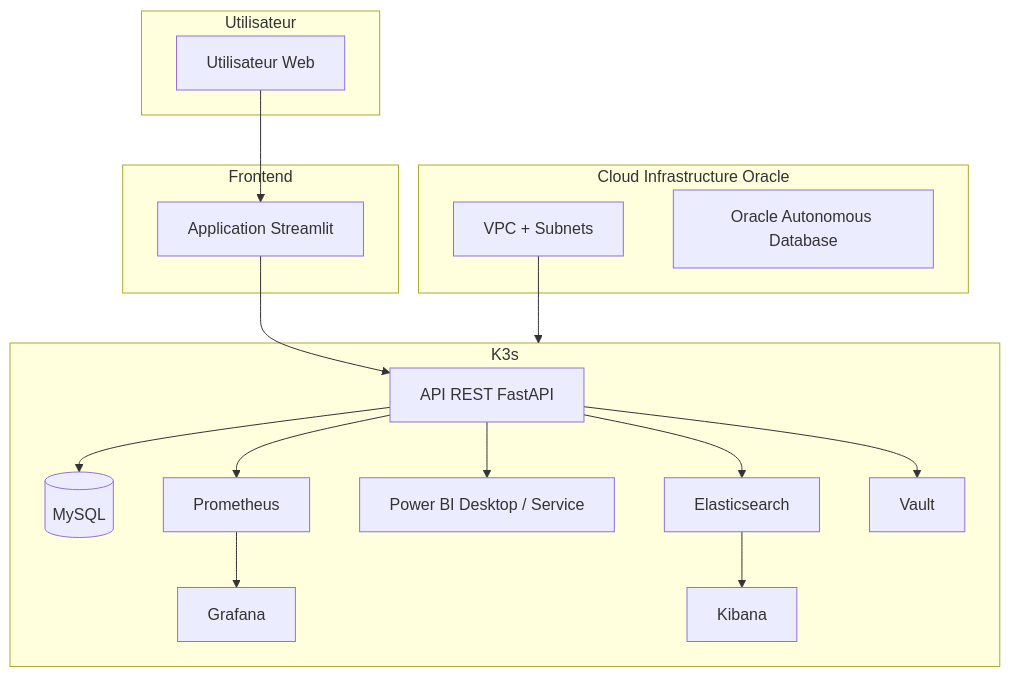
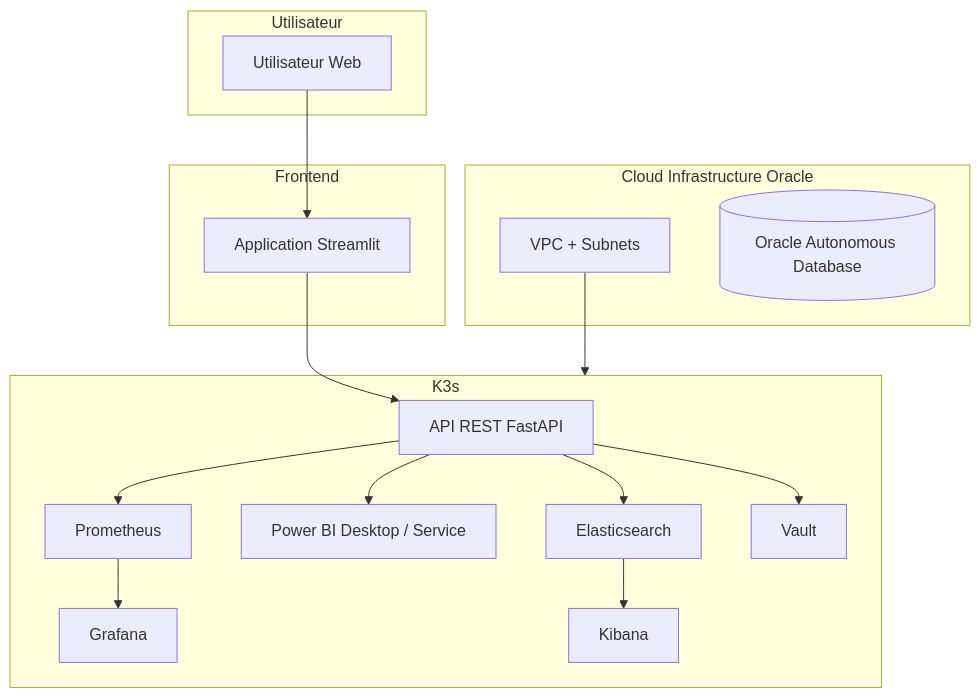
The diagram in infra/README.md (O-Celia/reactivite_chien), drawn with Mermaid before and after one commit. The commit also changed other lines of this file, not shown here.

````diff
--- a/infra/README.md
+++ b/infra/README.md
@@ -7,31 +9,30 @@
 ```mermaid
 graph TD
   subgraph Utilisateur
     A[Utilisateur Web]
   end
 
   subgraph Frontend
     B[Application Streamlit]
   end
 
   subgraph K3s
     B --> C[API REST FastAPI]
-    C --> D[(MySQL)]
     C --> E[Elasticsearch]
     C --> F[Power BI Desktop / Service]
     C --> H[Prometheus]
     C --> I[Vault]
 
     H --> J[Grafana]
     E --> K[Kibana]
 
   end
 
   subgraph Cloud Infrastructure Oracle
     L[VPC + Subnets]
-    M[Oracle Autonomous Database]
+    M[(Oracle Autonomous Database)]
   end
 
   A --> B
   L --> K3s
 ```
````
